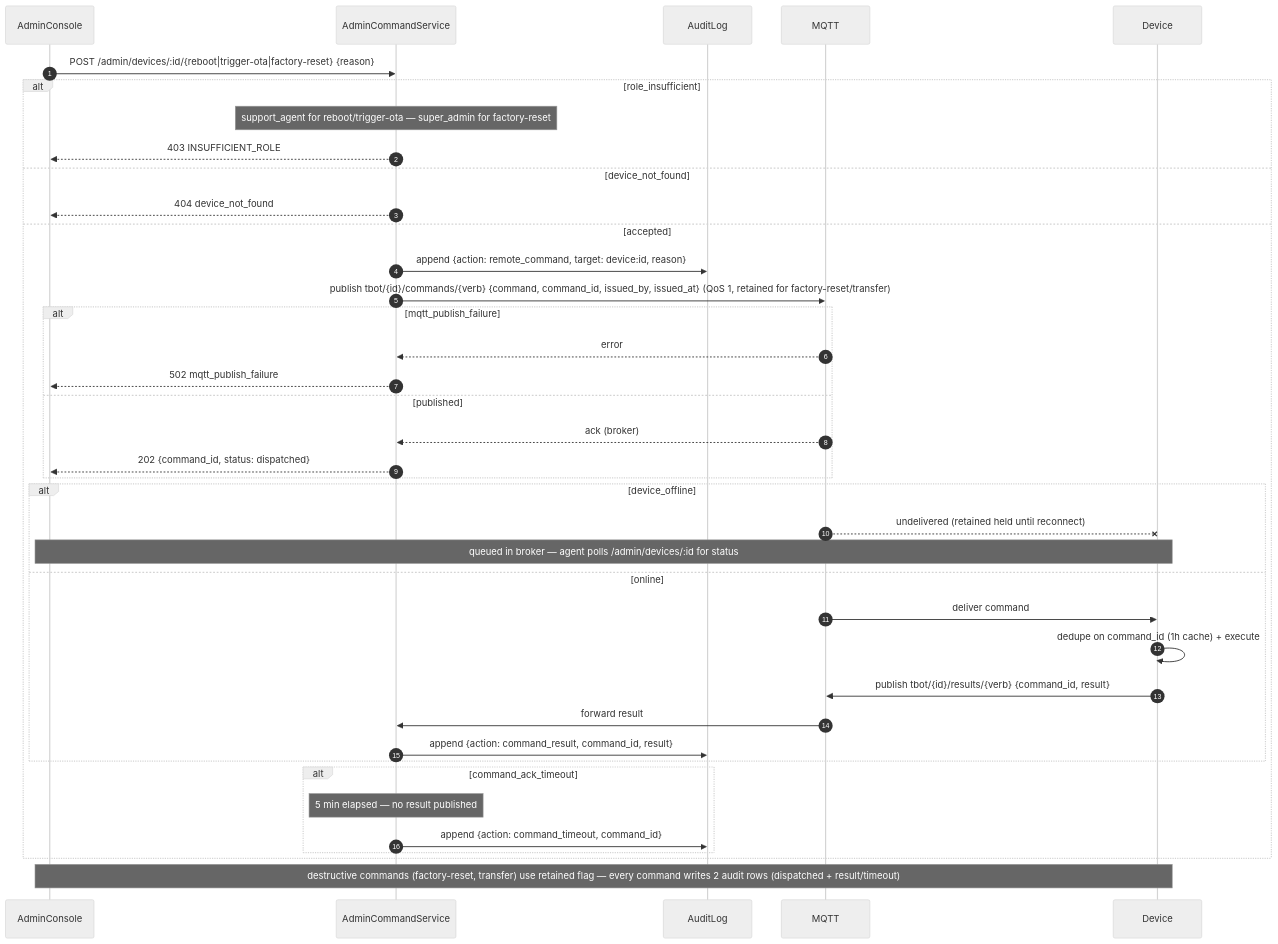
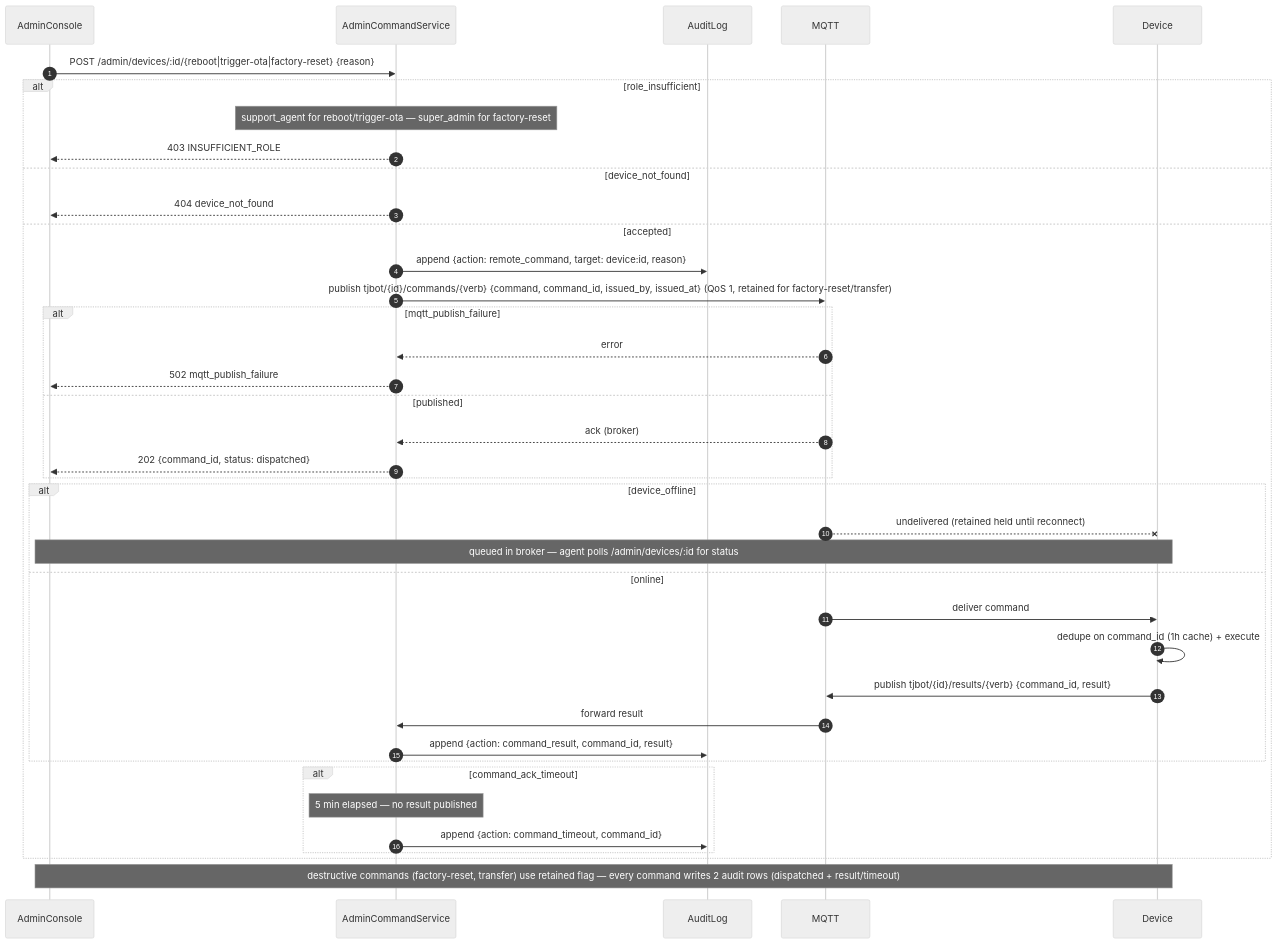
Before and after one commit to JSR-Algo/TJBOT-Mobile: the diagram in migrate-ui-ux-to-mobile-app-docs/sequences/12-admin/mqtt-remote-command.sequence.mmd, drawn with Mermaid (neutral theme). The commit also changed 312 other files, not shown here.

Commit message:
WIP: mobile UX learning flow — screens, machines, docs, native modules

```diff
--- a/migrate-ui-ux-to-mobile-app-docs/sequences/12-admin/mqtt-remote-command.sequence.mmd
+++ b/migrate-ui-ux-to-mobile-app-docs/sequences/12-admin/mqtt-remote-command.sequence.mmd
@@ -1,68 +1,68 @@
 ---
 system: sys-12-support-admin-operations
 flow_id: mqtt-remote-command
 surface: admin
 spec_anchor: /software/systems/12-support-admin-operations#mqtt-remote-command-sequence
 actors: [AdminConsole, AdminCommandService, AuditLog, MQTT, Device]
 apis:
   - POST /admin/devices/:id/reboot
   - POST /admin/devices/:id/trigger-ota
   - POST /admin/devices/:id/factory-reset
 externals: [MQTT]
 queues: []
 failure_paths:
   - role_insufficient
   - device_not_found
   - device_offline
   - mqtt_publish_failure
   - command_ack_timeout
 idempotency: per-command UUID `command_id` — device dedupes on command_id with 1h cache; retained flag on factory-reset/transfer
 retry: QoS 1 + retained flag for destructive commands; admin-side no auto-retry
 timeout: 5 min device ACK before declaring delivery_failure
 status: final
 ---
 %% HAND-CURATED. Normalized from _seed.1; destructive commands gated by super_admin role.
 sequenceDiagram
     autonumber
     participant AdminConsole
     participant AdminCommandService
     participant AuditLog
     participant MQTT
     participant Device
 
     AdminConsole->>AdminCommandService: POST /admin/devices/:id/{reboot|trigger-ota|factory-reset} {reason}
 
     alt role_insufficient
         Note over AdminCommandService: support_agent for reboot/trigger-ota — super_admin for factory-reset
         AdminCommandService-->>AdminConsole: 403 INSUFFICIENT_ROLE
     else device_not_found
         AdminCommandService-->>AdminConsole: 404 device_not_found
     else accepted
         AdminCommandService->>AuditLog: append {action: remote_command, target: device:id, reason}
-        AdminCommandService->>MQTT: publish tbot/{id}/commands/{verb} {command, command_id, issued_by, issued_at} (QoS 1, retained for factory-reset/transfer)
+        AdminCommandService->>MQTT: publish tjbot/{id}/commands/{verb} {command, command_id, issued_by, issued_at} (QoS 1, retained for factory-reset/transfer)
         alt mqtt_publish_failure
             MQTT-->>AdminCommandService: error
             AdminCommandService-->>AdminConsole: 502 mqtt_publish_failure
         else published
             MQTT-->>AdminCommandService: ack (broker)
             AdminCommandService-->>AdminConsole: 202 {command_id, status: dispatched}
         end
 
         alt device_offline
             MQTT--xDevice: undelivered (retained held until reconnect)
             Note over AdminConsole,Device: queued in broker — agent polls /admin/devices/:id for status
         else online
             MQTT->>Device: deliver command
             Device->>Device: dedupe on command_id (1h cache) + execute
-            Device->>MQTT: publish tbot/{id}/results/{verb} {command_id, result}
+            Device->>MQTT: publish tjbot/{id}/results/{verb} {command_id, result}
             MQTT->>AdminCommandService: forward result
             AdminCommandService->>AuditLog: append {action: command_result, command_id, result}
         end
 
         alt command_ack_timeout
             Note over AdminCommandService: 5 min elapsed — no result published
             AdminCommandService->>AuditLog: append {action: command_timeout, command_id}
         end
     end
 
     Note over AdminConsole,Device: destructive commands (factory-reset, transfer) use retained flag — every command writes 2 audit rows (dispatched + result/timeout)
```
